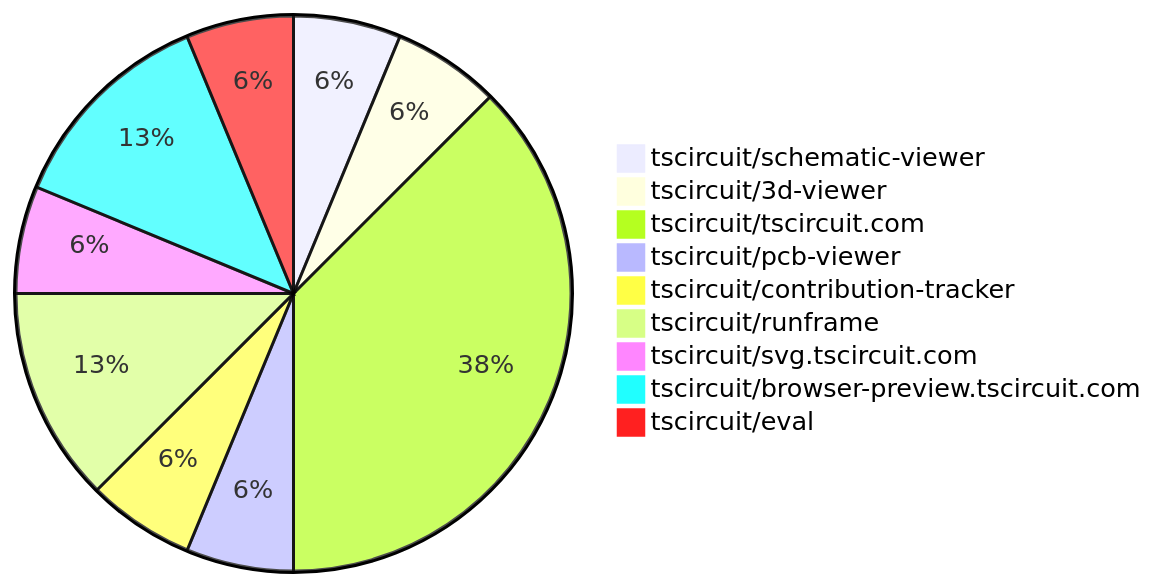
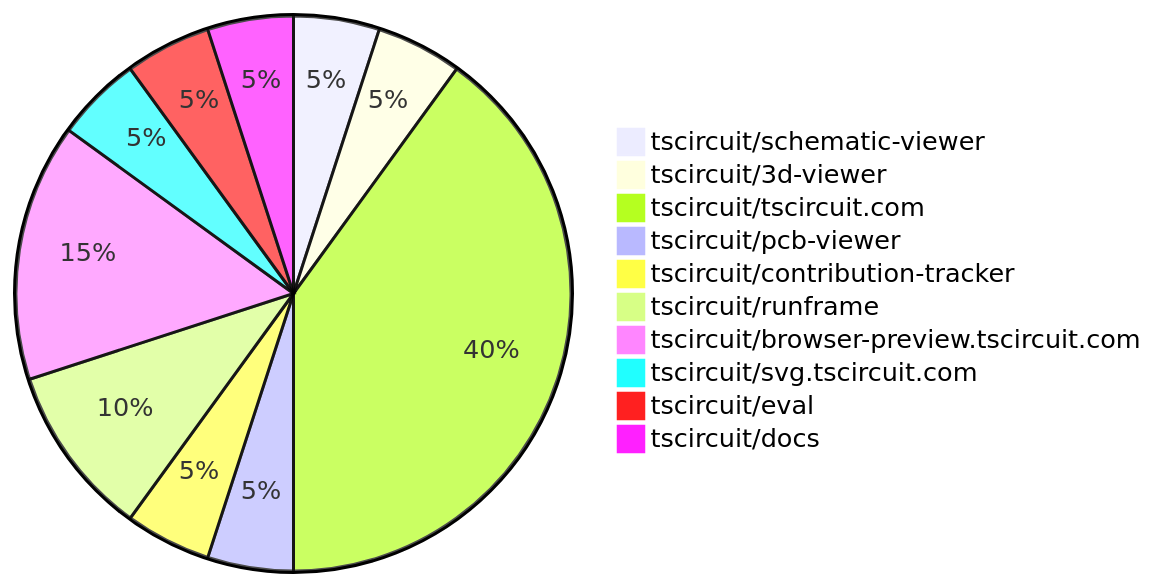
Before and after one commit to tscircuit/contribution-tracker: the diagram in contribution-overviews/2025-04-02.md, drawn with Mermaid. The commit also changed other lines of this file and 2 other files, not shown here.

````diff
--- a/contribution-overviews/2025-04-02.md
+++ b/contribution-overviews/2025-04-02.md
@@ -5,12 +5,13 @@
 ```mermaid
 pie
     "tscircuit/schematic-viewer" : 1
     "tscircuit/3d-viewer" : 1
-    "tscircuit/tscircuit.com" : 6
+    "tscircuit/tscircuit.com" : 8
     "tscircuit/pcb-viewer" : 1
     "tscircuit/contribution-tracker" : 1
     "tscircuit/runframe" : 2
+    "tscircuit/browser-preview.tscircuit.com" : 3
     "tscircuit/svg.tscircuit.com" : 1
-    "tscircuit/browser-preview.tscircuit.com" : 2
     "tscircuit/eval" : 1
+    "tscircuit/docs" : 1
 ```
````
